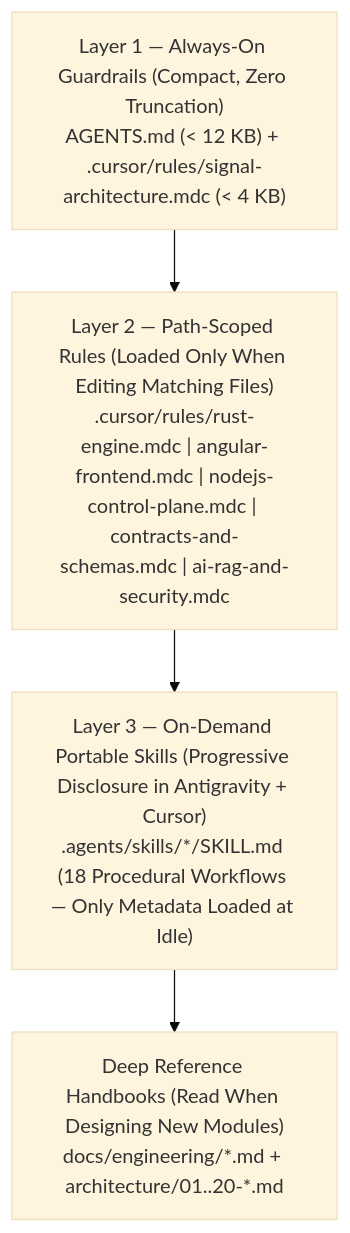
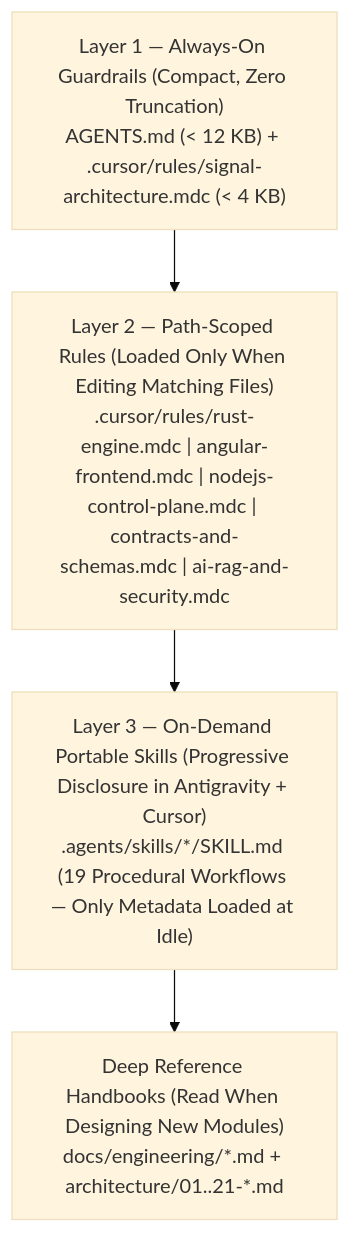
One commit to the-code-master/signal changed the diagram in docs/engineering/README.md. Above: the diagram before and after it, drawn with Mermaid (base theme). The commit also changed other lines of this file and 26 other files, not shown here.

````diff
--- a/docs/engineering/README.md
+++ b/docs/engineering/README.md
@@ -11,11 +11,11 @@
 ```mermaid
 flowchart TB
     L1["Layer 1 — Always-On Guardrails (Compact, Zero Truncation)\nAGENTS.md (< 12 KB) + .cursor/rules/signal-architecture.mdc (< 4 KB)"]
     L2["Layer 2 — Path-Scoped Rules (Loaded Only When Editing Matching Files)\n.cursor/rules/rust-engine.mdc | angular-frontend.mdc | nodejs-control-plane.mdc | contracts-and-schemas.mdc | ai-rag-and-security.mdc"]
-    L3["Layer 3 — On-Demand Portable Skills (Progressive Disclosure in Antigravity + Cursor)\n.agents/skills/*/SKILL.md (18 Procedural Workflows — Only Metadata Loaded at Idle)"]
-    Ref["Deep Reference Handbooks (Read When Designing New Modules)\ndocs/engineering/*.md + architecture/01..20-*.md"]
+    L3["Layer 3 — On-Demand Portable Skills (Progressive Disclosure in Antigravity + Cursor)\n.agents/skills/*/SKILL.md (19 Procedural Workflows — Only Metadata Loaded at Idle)"]
+    Ref["Deep Reference Handbooks (Read When Designing New Modules)\ndocs/engineering/*.md + architecture/01..21-*.md"]
 
     L1 --> L2
     L2 --> L3
     L3 --> Ref
 ```
````
